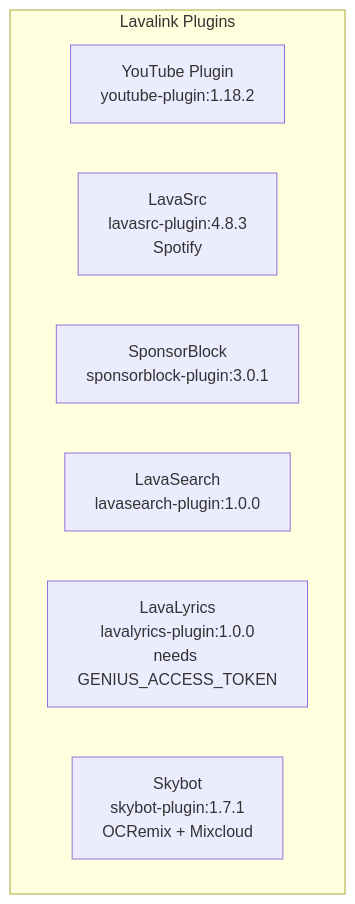
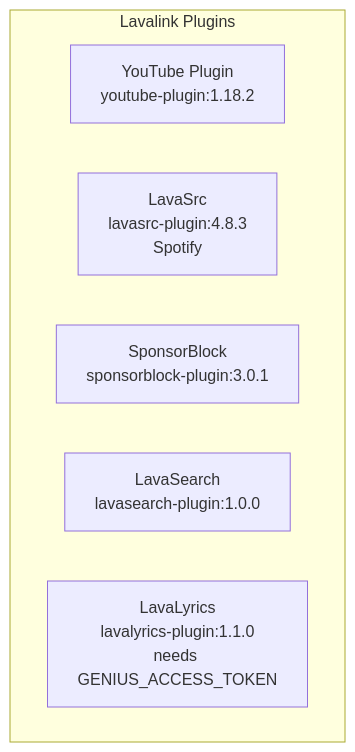
One commit to HELIX-Origin/Lavalink-Server changed the second of 2 diagrams in .agents/agents/plugin-agent.md. Above: the diagram before and after it, drawn with Mermaid. The commit also changed 6 other files, not shown here.

Commit message:
Remove Skybot plugin, bump LavaLyrics to 1.1.0

````diff
--- a/.agents/agents/plugin-agent.md
+++ b/.agents/agents/plugin-agent.md
@@ -39,11 +39,10 @@
 ```mermaid
 graph TD
     subgraph Plugins["Lavalink Plugins"]
         P1[YouTube Plugin<br/>youtube-plugin:1.18.2]
         P2[LavaSrc<br/>lavasrc-plugin:4.8.3<br/>Spotify]
         P3[SponsorBlock<br/>sponsorblock-plugin:3.0.1]
         P4[LavaSearch<br/>lavasearch-plugin:1.0.0]
-        P5[LavaLyrics<br/>lavalyrics-plugin:1.0.0<br/>needs GENIUS_ACCESS_TOKEN]
-        P6[Skybot<br/>skybot-plugin:1.7.1<br/>OCRemix + Mixcloud]
+        P5[LavaLyrics<br/>lavalyrics-plugin:1.1.0<br/>needs GENIUS_ACCESS_TOKEN]
     end
 ```
````
